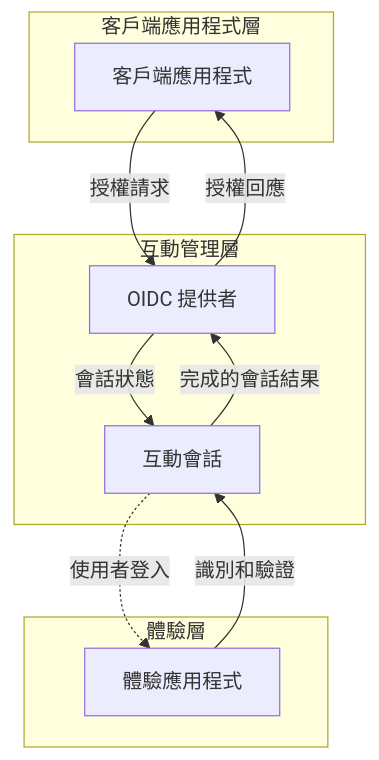
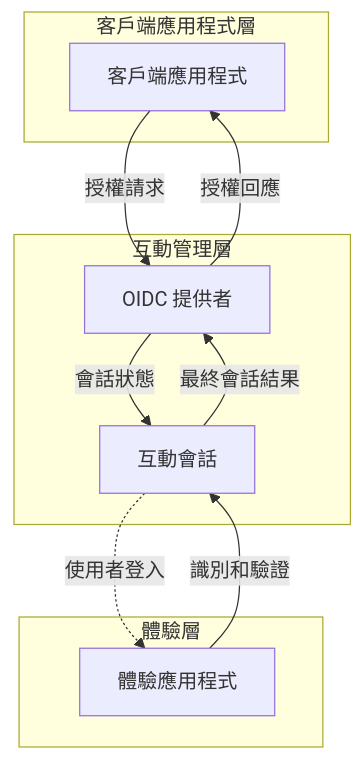
The second of 2 diagrams in i18n/zh-TW/docusaurus-plugin-content-docs/current/end-user-flows/sign-up-and-sign-in/README.mdx (logto-io/docs), drawn with Mermaid before and after one commit. The commit also changed other lines of this file and 407 other files, not shown here.

````diff
--- a/i18n/zh-TW/docusaurus-plugin-content-docs/current/end-user-flows/sign-up-and-sign-in/README.mdx
+++ b/i18n/zh-TW/docusaurus-plugin-content-docs/current/end-user-flows/sign-up-and-sign-in/README.mdx
@@ -47,24 +47,24 @@
 ```mermaid
 flowchart TD
   %% 層級
   subgraph Layer1 [客戶端應用程式層]
       A[客戶端應用程式]
   end
 
   subgraph Layer2 [互動管理層]
       B[OIDC 提供者]
       C[互動會話]
   end
 
   subgraph Layer3 [體驗層]
       D[體驗應用程式]
   end
 
   %% 連接
   A --> |授權請求| B
   B --> |會話狀態| C
   C -.-> |使用者登入| D
   D --> |識別和驗證| C
-  C --> |完成的會話結果| B
+  C --> |最終會話結果| B
   B --> |授權回應| A
 ```
````
